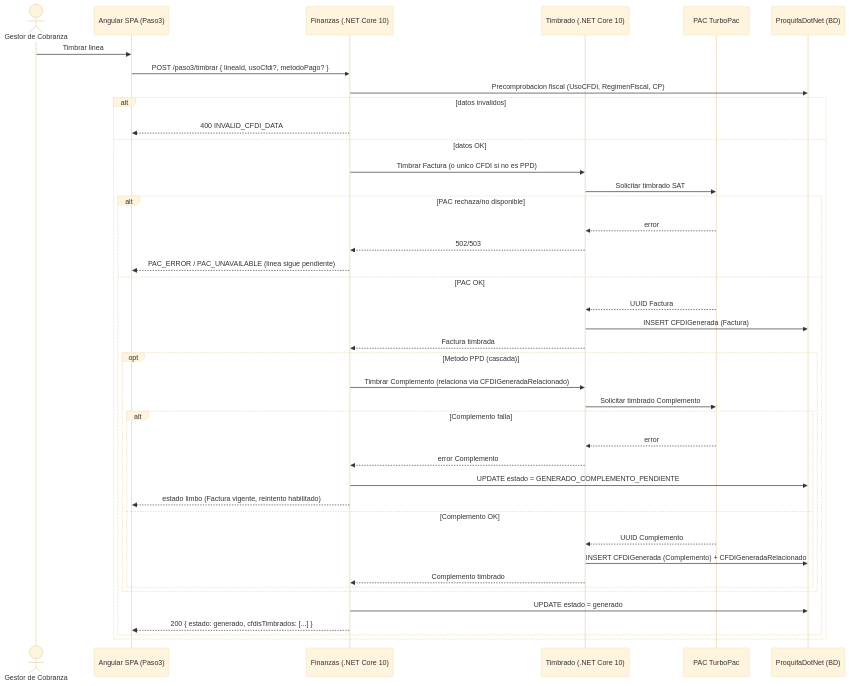
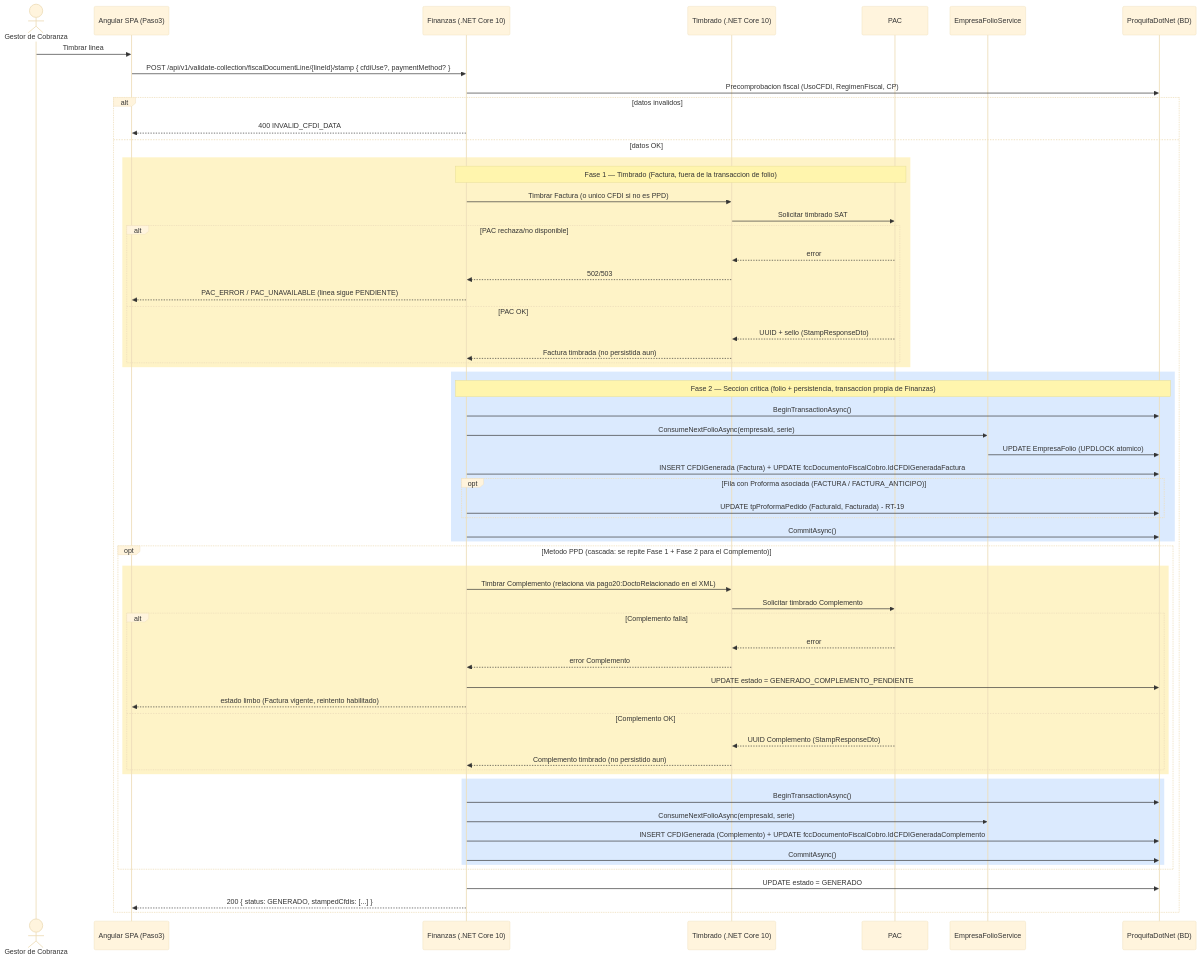
Before and after one commit to JuanGarciaRyndem/R16-Documentacion: the sixth of 6 diagrams in Requisitos/R16A-RE-FU-028/[R16A-RE-FU-028][DIS-SOL] Diseño de la solución.md, drawn with Mermaid (base theme). The commit also changed other lines of this file and 5 other files, not shown here.

````diff
--- a/Requisitos/R16A-RE-FU-028/[R16A-RE-FU-028][DIS-SOL] Diseño de la solución.md
+++ b/Requisitos/R16A-RE-FU-028/[R16A-RE-FU-028][DIS-SOL] Diseño de la solución.md
@@ -257,44 +360,65 @@
 ```mermaid
 sequenceDiagram
     actor GC as Gestor de Cobranza
     participant SPA as Angular SPA (Paso3)
     participant FIN as Finanzas (.NET Core 10)
     participant TIM as Timbrado (.NET Core 10)
-    participant PAC as PAC TurboPac
+    participant PAC as PAC
+    participant FOL as EmpresaFolioService
     participant BD as ProquifaDotNet (BD)
 
     GC->>SPA: Timbrar linea
-    SPA->>FIN: POST /paso3/timbrar { lineaId, usoCfdi?, metodoPago? }
+    SPA->>FIN: POST /api/v1/validate-collection/fiscalDocumentLine/{lineId}/stamp { cfdiUse?, paymentMethod? }
     FIN->>BD: Precomprobacion fiscal (UsoCFDI, RegimenFiscal, CP)
     alt datos invalidos
         FIN-->>SPA: 400 INVALID_CFDI_DATA
     else datos OK
-        FIN->>TIM: Timbrar Factura (o unico CFDI si no es PPD)
-        TIM->>PAC: Solicitar timbrado SAT
-        alt PAC rechaza/no disponible
-            PAC-->>TIM: error
-            TIM-->>FIN: 502/503
-            FIN-->>SPA: PAC_ERROR / PAC_UNAVAILABLE (linea sigue pendiente)
-        else PAC OK
-            PAC-->>TIM: UUID Factura
-            TIM->>BD: INSERT CFDIGenerada (Factura)
-            TIM-->>FIN: Factura timbrada
-            opt Metodo PPD (cascada)
-                FIN->>TIM: Timbrar Complemento (relaciona via CFDIGeneradaRelacionado)
+        rect rgb(254, 243, 199)
+            Note over FIN,PAC: Fase 1 — Timbrado (Factura, fuera de la transaccion de folio)
+            FIN->>TIM: Timbrar Factura (o unico CFDI si no es PPD)
+            TIM->>PAC: Solicitar timbrado SAT
+            alt PAC rechaza/no disponible
+                PAC-->>TIM: error
+                TIM-->>FIN: 502/503
+                FIN-->>SPA: PAC_ERROR / PAC_UNAVAILABLE (linea sigue PENDIENTE)
+            else PAC OK
+                PAC-->>TIM: UUID + sello (StampResponseDto)
+                TIM-->>FIN: Factura timbrada (no persistida aun)
+            end
+        end
+        rect rgb(219, 234, 254)
+            Note over FIN,BD: Fase 2 — Seccion critica (folio + persistencia, transaccion propia de Finanzas)
+            FIN->>BD: BeginTransactionAsync()
+            FIN->>FOL: ConsumeNextFolioAsync(empresaId, serie)
+            FOL->>BD: UPDATE EmpresaFolio (UPDLOCK atomico)
+            FIN->>BD: INSERT CFDIGenerada (Factura) + UPDATE fccDocumentoFiscalCobro.IdCFDIGeneradaFactura
+            opt Fila con Proforma asociada (FACTURA / FACTURA_ANTICIPO)
+                FIN->>BD: UPDATE tpProformaPedido (FacturaId, Facturada) - RT-19
+            end
+            FIN->>BD: CommitAsync()
+        end
+        opt Metodo PPD (cascada: se repite Fase 1 + Fase 2 para el Complemento)
+            rect rgb(254, 243, 199)
+                FIN->>TIM: Timbrar Complemento (relaciona via pago20:DoctoRelacionado en el XML)
                 TIM->>PAC: Solicitar timbrado Complemento
                 alt Complemento falla
                     PAC-->>TIM: error
                     TIM-->>FIN: error Complemento
                     FIN->>BD: UPDATE estado = GENERADO_COMPLEMENTO_PENDIENTE
                     FIN-->>SPA: estado limbo (Factura vigente, reintento habilitado)
                 else Complemento OK
-                    PAC-->>TIM: UUID Complemento
-                    TIM->>BD: INSERT CFDIGenerada (Complemento) + CFDIGeneradaRelacionado
-                    TIM-->>FIN: Complemento timbrado
+                    PAC-->>TIM: UUID Complemento (StampResponseDto)
+                    TIM-->>FIN: Complemento timbrado (no persistido aun)
                 end
             end
-            FIN->>BD: UPDATE estado = generado
-            FIN-->>SPA: 200 { estado: generado, cfdisTimbrados: [...] }
+            rect rgb(219, 234, 254)
+                FIN->>BD: BeginTransactionAsync()
+                FIN->>FOL: ConsumeNextFolioAsync(empresaId, serie)
+                FIN->>BD: INSERT CFDIGenerada (Complemento) + UPDATE fccDocumentoFiscalCobro.IdCFDIGeneradaComplemento
+                FIN->>BD: CommitAsync()
+            end
         end
+        FIN->>BD: UPDATE estado = GENERADO
+        FIN-->>SPA: 200 { status: GENERADO, stampedCfdis: [...] }
     end
 ```
````
